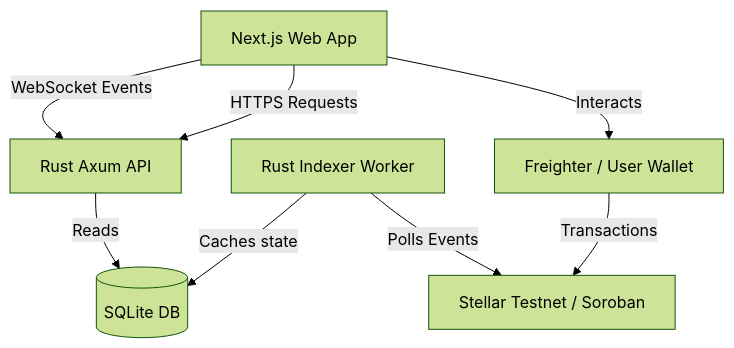
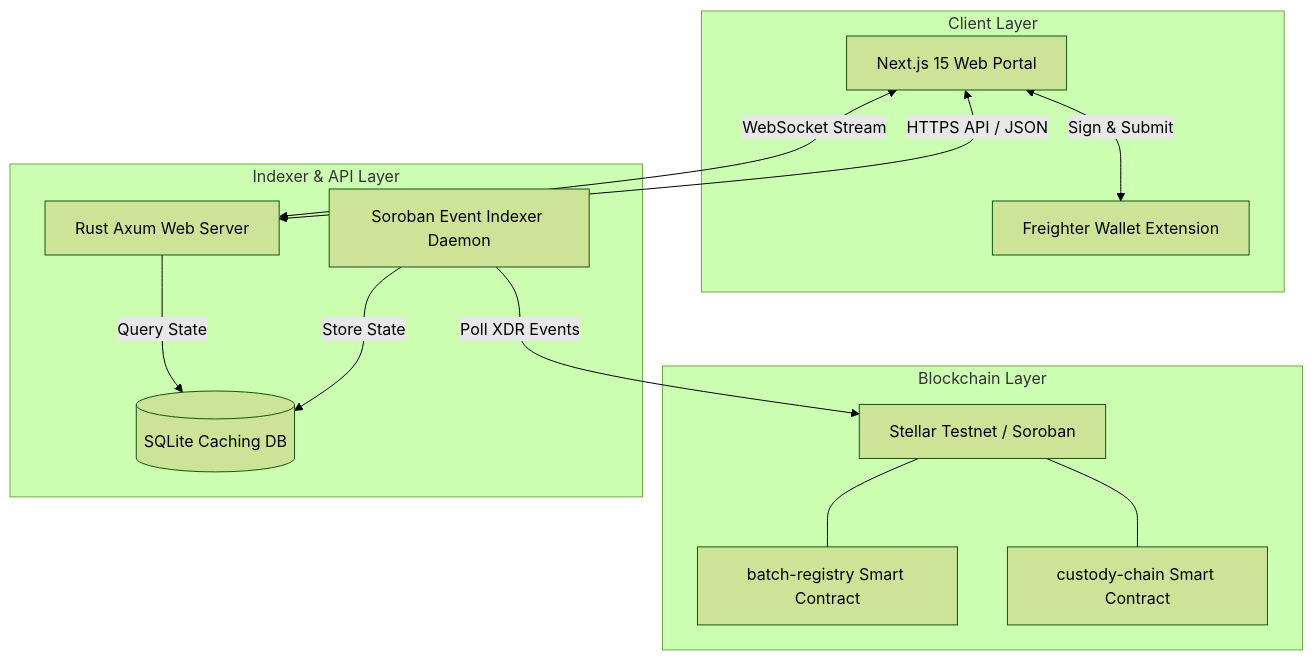
Before and after one commit to mithabavkarakash-coder/Stellar-Pharma-Chain-SPC-: the diagram in README.md, drawn with Mermaid (forest theme). The commit also changed other lines of this file and 5 other files, not shown here.

````diff
--- a/README.md
+++ b/README.md
@@ -72,10 +85,28 @@
 ```mermaid
 graph TD
-    A[Freighter / User Wallet] -->|Transactions| B[Stellar Testnet / Soroban]
-    C[Rust Indexer Worker] -->|Polls Events| B
-    C -->|Caches state| D[(SQLite DB)]
-    E[Rust Axum API] -->|Reads| D
-    F[Next.js Web App] -->|HTTPS Requests| E
-    F -->|WebSocket Events| E
-    F -->|Interacts| A
+    subgraph Client ["Client Layer"]
+        A[Next.js 15 Web Portal]
+        B[Freighter Wallet Extension]
+        A <-->|Sign & Submit| B
+    end
+
+    subgraph Ledger ["Blockchain Layer"]
+        C[Stellar Testnet / Soroban]
+        D[batch-registry Smart Contract]
+        E[custody-chain Smart Contract]
+        C --- D
+        C --- E
+    end
+
+    subgraph Backend ["Indexer & API Layer"]
+        F[Rust Axum Web Server]
+        G[Soroban Event Indexer Daemon]
+        H[(SQLite Caching DB)]
+        G -->|Poll XDR Events| C
+        G -->|Store State| H
+        F -->|Query State| H
+        F <-->|WebSocket Stream| A
+    end
+
+    A <-->|HTTPS API / JSON| F
 ```
````
